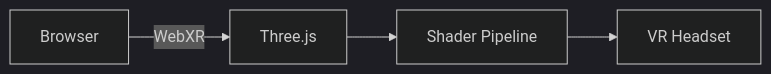
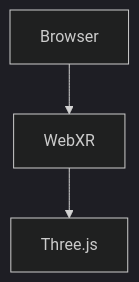
Before and after one commit to Pree-om/Fintech_Gringotts_Trading_Pitch: the second of 2 diagrams in README.md, drawn with Mermaid (dark theme). The commit also changed other lines of this file, not shown here.

````diff
--- a/README.md
+++ b/README.md
@@ -58,6 +59,5 @@
 ```mermaid
-graph LR
-    A[Browser] -->|WebXR| B[Three.js]
-    B --> C[Shader Pipeline]
-    C --> D[VR Headset]
+graph TB
+    A[Browser] --> B[WebXR]
+    B --> C[Three.js]
 ```
````
